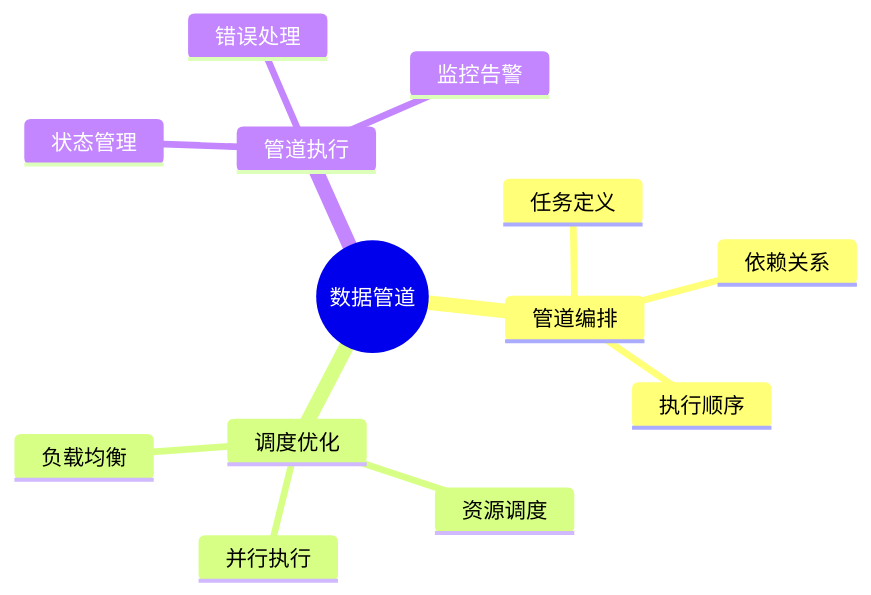
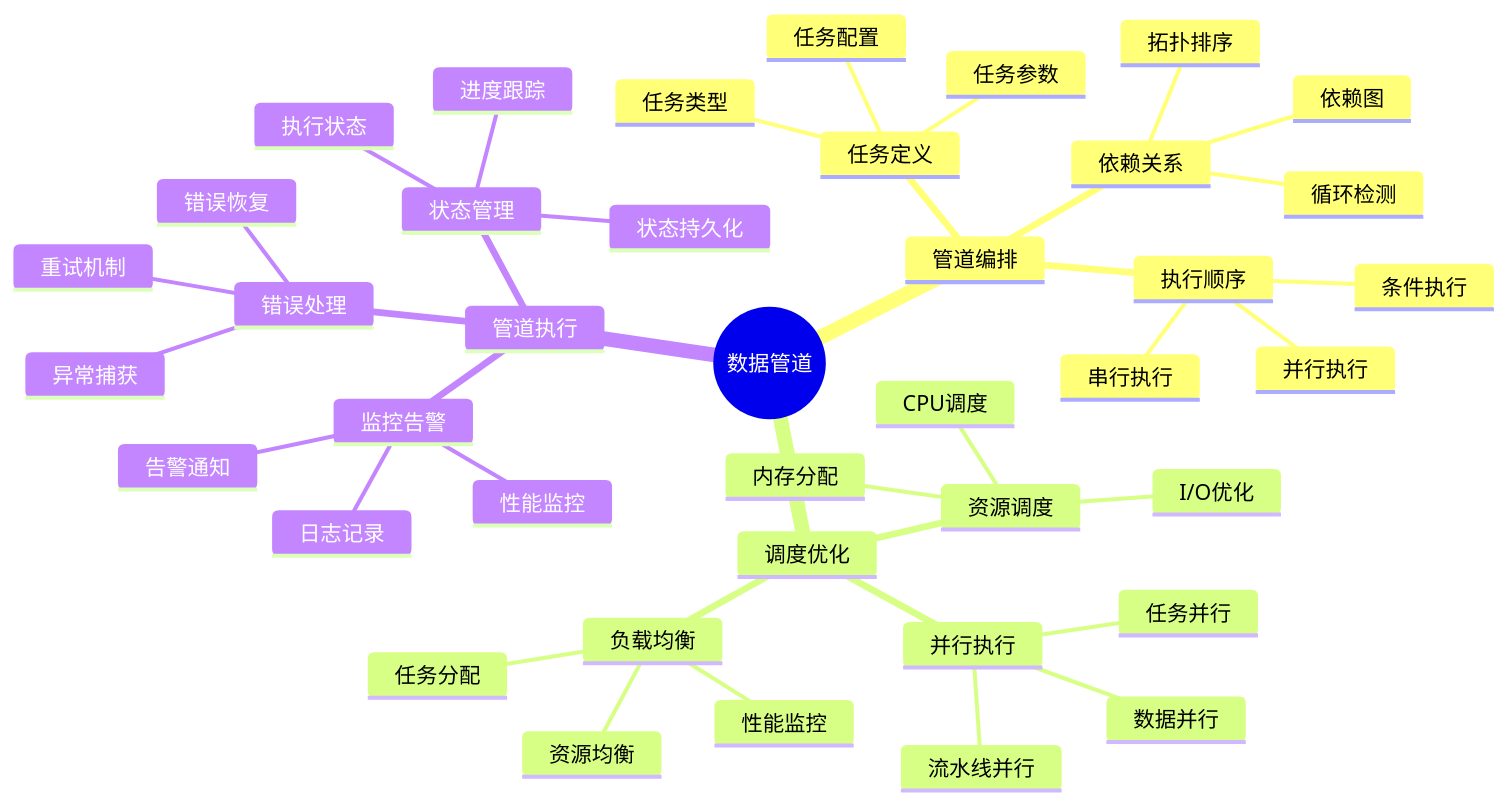
One commit to AdaMartin18010/PostgreSQL_modern changed the diagram in PostgreSQL/10-理论基础/13-数据编排/13.01-数据库数据管道模型-管道编排与调度优化的形式化.md. Above: the diagram before and after it, drawn with Mermaid. The commit also changed other lines of this file and 80 other files, not shown here.

````diff
--- a/PostgreSQL/10-理论基础/13-数据编排/13.01-数据库数据管道模型-管道编排与调度优化的形式化.md
+++ b/PostgreSQL/10-理论基础/13-数据编排/13.01-数据库数据管道模型-管道编排与调度优化的形式化.md
@@ -43,16 +57,43 @@
 ```mermaid
 mindmap
   root((数据管道))
     管道编排
       任务定义
+        任务类型
+        任务参数
+        任务配置
       依赖关系
+        依赖图
+        拓扑排序
+        循环检测
       执行顺序
+        串行执行
+        并行执行
+        条件执行
     调度优化
       资源调度
+        CPU调度
+        内存分配
+        I/O优化
       并行执行
+        任务并行
+        数据并行
+        流水线并行
       负载均衡
+        任务分配
+        资源均衡
+        性能监控
     管道执行
       状态管理
+        执行状态
+        进度跟踪
+        状态持久化
       错误处理
+        异常捕获
+        重试机制
+        错误恢复
       监控告警
+        性能监控
+        日志记录
+        告警通知
 ```
````
